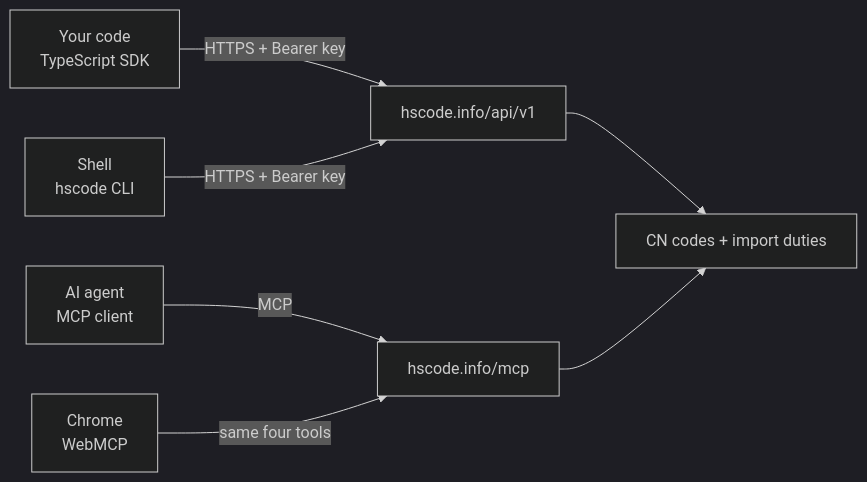
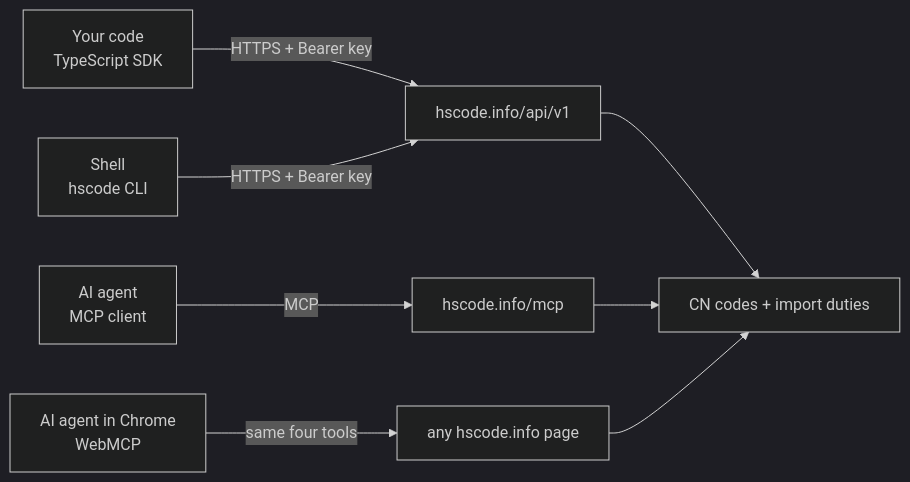
One commit to hscode-info/hscode changed the first of 2 diagrams in README.md. Above: the diagram before and after it, drawn with Mermaid (dark theme).

Commit message:
Fix WebMCP path in the request flow diagram

````diff
--- a/README.md
+++ b/README.md
@@ -42,9 +42,10 @@
 ```mermaid
 flowchart LR
     A[Your code<br/>TypeScript SDK] -->|HTTPS + Bearer key| API
     B[Shell<br/>hscode CLI] -->|HTTPS + Bearer key| API
     C[AI agent<br/>MCP client] -->|MCP| M[hscode.info/mcp]
-    D[Chrome<br/>WebMCP] -->|same four tools| M
+    D[AI agent in Chrome<br/>WebMCP] -->|same four tools| W[any hscode.info page]
     API["hscode.info/api/v1"] --> R[CN codes + import duties]
     M --> R
+    W --> R
 ```
````
